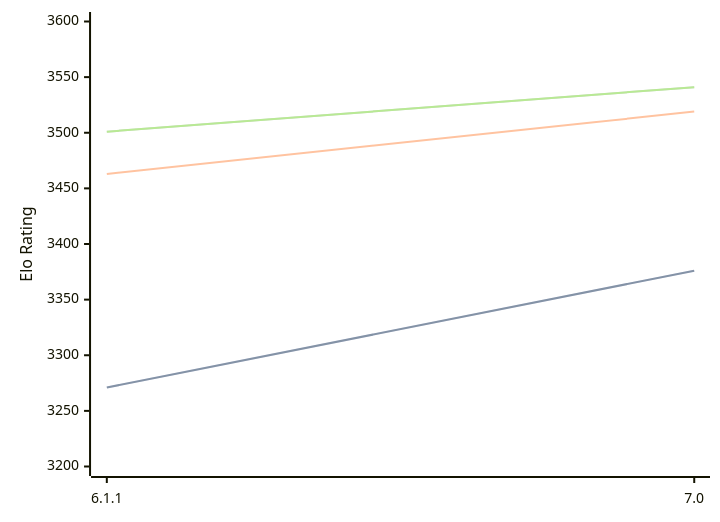
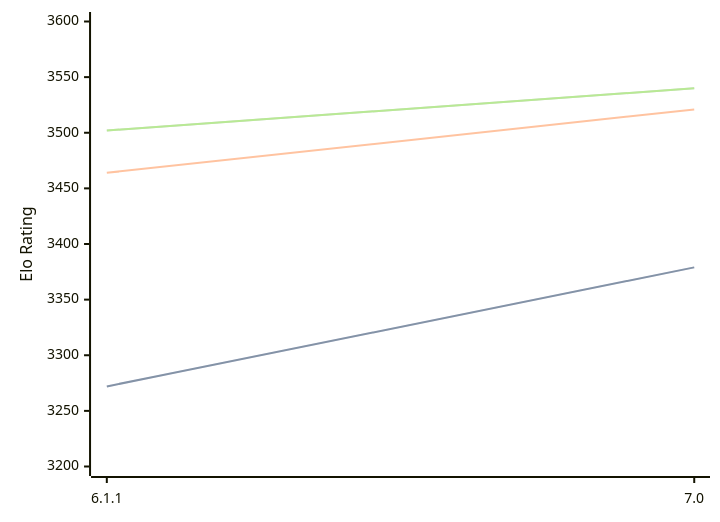
Before and after one commit to computer-chess-index/cci: the first of 3 diagrams in engines/Astra.md, drawn with Mermaid. The commit also changed other lines of this file, not shown here.

Commit message:
Update CCI Ratings (ELO VLTC) - 2026-07-12

````diff
--- a/engines/Astra.md
+++ b/engines/Astra.md
@@ -44,11 +44,11 @@
 ```mermaid
 %%{init: {"theme":"base","themeVariables":{"seriesColors:['#a3a3a3','#222221','#faa371']}}}%%
 xychart-beta
   x-axis ["6.1.1", "7.0"]
   y-axis "Elo Rating" 3200 --> 3600
-  line "STC (8.0+0.08s)" [3271, 3376]
-  line "STC (8.0+0.08s)" [3271, 3376]
-  line "LTC (60.0+0.60s)" [3463, 3519]
-  line "VLTC (2m24s+1.12s)" [3501, 3541]
-  line "VLTC (2m24s+1.12s)" [3501, 3541]
+  line "STC (8.0+0.08s)" [3272, 3379]
+  line "STC (8.0+0.08s)" [3272, 3379]
+  line "LTC (60.0+0.60s)" [3464, 3521]
+  line "VLTC (2m24s+1.12s)" [3502, 3540]
+  line "VLTC (2m24s+1.12s)" [3502, 3540]
 ```
````
